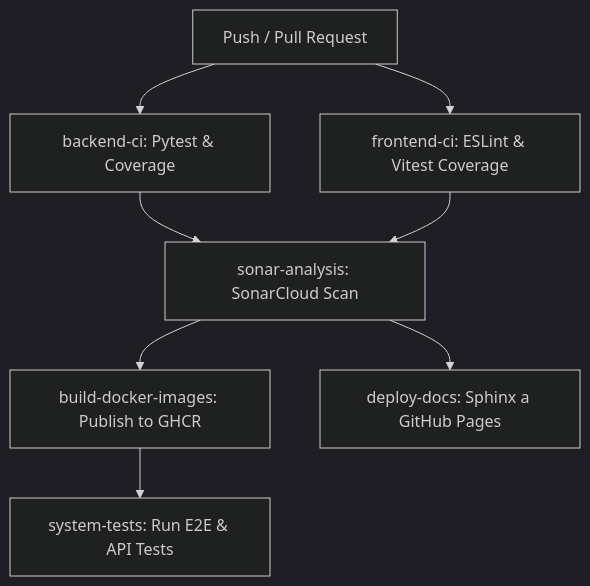
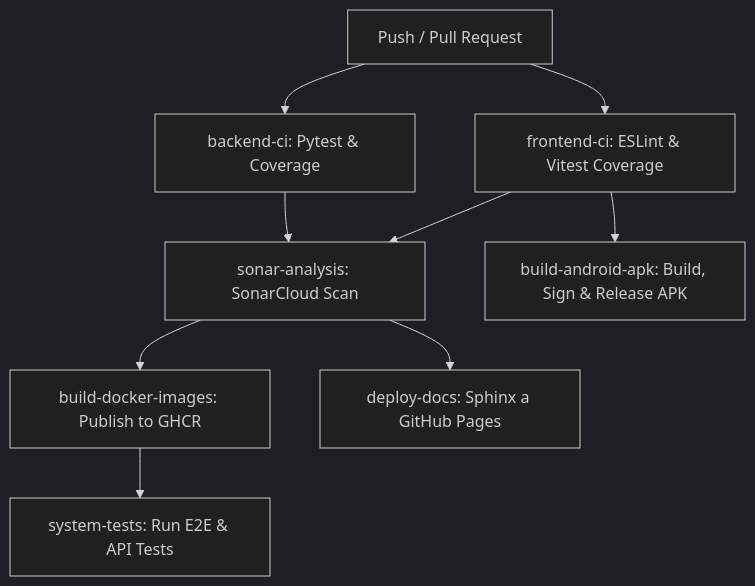
The diagram in README.md (UO294431/EPI-DevorApp), drawn with Mermaid (dark theme) before and after one commit. The commit also changed other lines of this file and 9 other files, not shown here.

````diff
--- a/README.md
+++ b/README.md
@@ -315,10 +337,11 @@
 ```mermaid
 graph TD
     A[Push / Pull Request] --> B[backend-ci: Pytest & Coverage]
     A --> C[frontend-ci: ESLint & Vitest Coverage]
     B --> D[sonar-analysis: SonarCloud Scan]
     C --> D
+    C --> H[build-android-apk: Build, Sign & Release APK]
     D --> E[build-docker-images: Publish to GHCR]
     D --> F[deploy-docs: Sphinx a GitHub Pages]
     E --> G[system-tests: Run E2E & API Tests]
 ```
````
